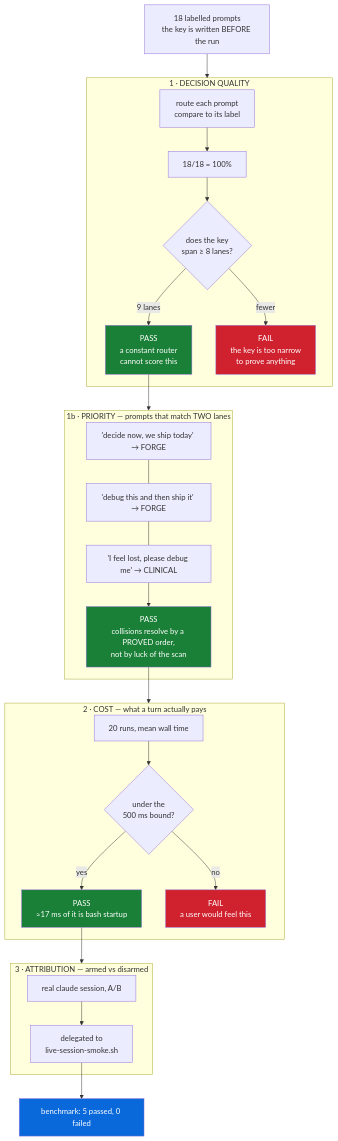
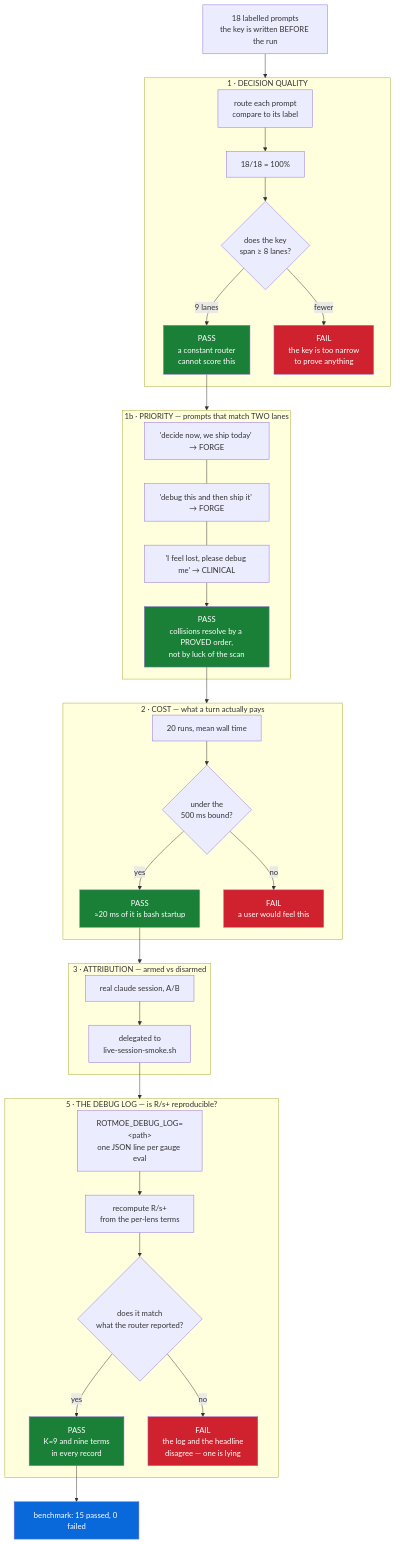
Before and after one commit to Nova-Violet-Role/RoT-MoE: the second of 2 diagrams in README.md, drawn with Mermaid. The commit also changed other lines of this file and 25 other files, not shown here.

````diff
--- a/README.md
+++ b/README.md
@@ -814,41 +855,51 @@
 ```mermaid
 flowchart TD
     P["18 labelled prompts<br/>the key is written BEFORE the run"] --> Q
 
     subgraph Q["1 · DECISION QUALITY"]
         Q1["route each prompt<br/>compare to its label"] --> Q2["18/18 = 100%"]
         Q2 --> Q3{"does the key<br/>span ≥ 8 lanes?"}
         Q3 -- "9 lanes" --> QOK["PASS<br/>a constant router<br/>cannot score this"]
         Q3 -- "fewer" --> QNO["FAIL<br/>the key is too narrow<br/>to prove anything"]
     end
 
     QOK --> R
     subgraph R["1b · PRIORITY — prompts that match TWO lanes"]
         R1["'decide now, we ship today' → FORGE"]
         R2["'debug this and then ship it' → FORGE"]
         R3["'I feel lost, please debug me' → CLINICAL"]
         R1 --- R2 --- R3
         R3 --> ROK["PASS<br/>collisions resolve by a PROVED order,<br/>not by luck of the scan"]
     end
 
     ROK --> S
     subgraph S["2 · COST — what a turn actually pays"]
         S1["20 runs, mean wall time"] --> S2{"under the<br/>500 ms bound?"}
-        S2 -- yes --> SOK["PASS<br/>≈17 ms of it is bash startup"]
+        S2 -- yes --> SOK["PASS<br/>≈20 ms of it is bash startup"]
         S2 -- no --> SNO["FAIL<br/>a user would feel this"]
     end
 
     SOK --> T
     subgraph T["3 · ATTRIBUTION — armed vs disarmed"]
         T1["real claude session, A/B"] --> TOK["delegated to<br/>live-session-smoke.sh"]
     end
 
-    TOK --> V["benchmark: 5 passed, 0 failed"]
+    TOK --> D
+    subgraph D["5 · THE DEBUG LOG — is R/s+ reproducible?"]
+        D1["ROTMOE_DEBUG_LOG=&lt;path&gt;<br/>one JSON line per gauge eval"] --> D2["recompute R/s+<br/>from the per-lens terms"]
+        D2 --> D3{"does it match<br/>what the router reported?"}
+        D3 -- yes --> DOK["PASS<br/>K=9 and nine terms<br/>in every record"]
+        D3 -- no --> DNO["FAIL<br/>the log and the headline<br/>disagree — one is lying"]
+    end
+
+    DOK --> V["benchmark: 15 passed, 0 failed"]
 
     style QOK fill:#1a7f37,color:#fff
     style ROK fill:#1a7f37,color:#fff
     style SOK fill:#1a7f37,color:#fff
     style V fill:#0969da,color:#fff
+    style DOK fill:#1a7f37,color:#fff
+    style DNO fill:#cf222e,color:#fff
     style QNO fill:#cf222e,color:#fff
     style SNO fill:#cf222e,color:#fff
 ```
````
